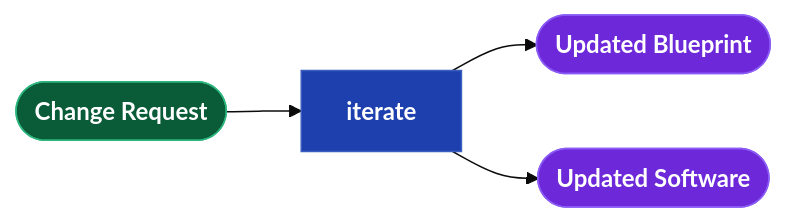
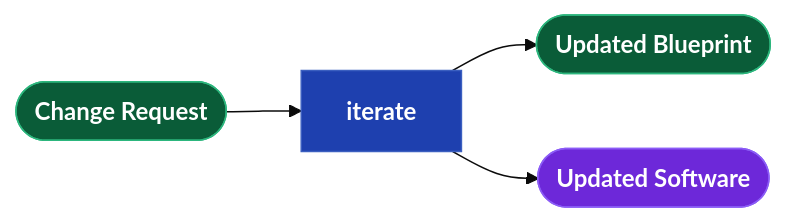
One commit to webcloudstudio/Drydock changed the seventh of 10 diagrams in docs/Drydock_Specification.md. Above: the diagram before and after it, drawn with Mermaid (base theme). The commit also changed other lines of this file and 2 other files, not shown here.

First line of the commit message:
Restructure specification around the Setup-Plan-Build-Iterate lifecycle

````diff
--- a/docs/Drydock_Specification.md
+++ b/docs/Drydock_Specification.md
@@ -1042,10 +491,13 @@
 ```mermaid
 flowchart LR
   classDef dir    fill:#0a5c38,stroke:#2cb67d,color:#fff,font-weight:bold
+  classDef md     fill:#d4a017,stroke:#a07810,color:#111,font-weight:bold
   classDef script fill:#1e40af,stroke:#3b5fc0,color:#fff,font-weight:bold
+  classDef prompt fill:#c2410c,stroke:#ea580c,color:#fff,font-weight:bold
   classDef output fill:#6d28d9,stroke:#8b5cf6,color:#fff,font-weight:bold
+  classDef web    fill:#be123c,stroke:#fb7185,color:#fff,font-weight:bold
 
   CHANGE(["Change Request"]):::dir --> ITERATE["iterate"]:::script
-  ITERATE --> SPECOUT(["Updated Blueprint"]):::output
+  ITERATE --> SPECOUT(["Updated Blueprint"]):::dir
   ITERATE --> SOFTWARE(["Updated Software"]):::output
 ```
````
